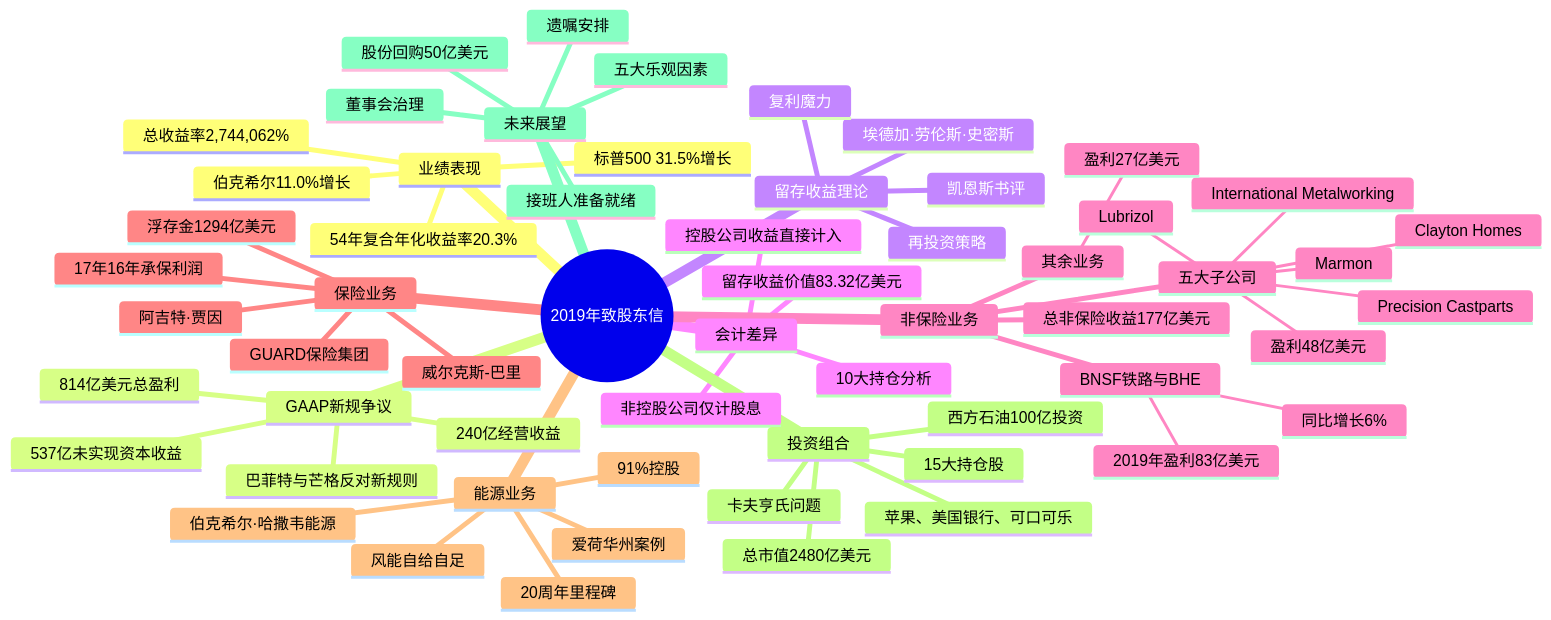
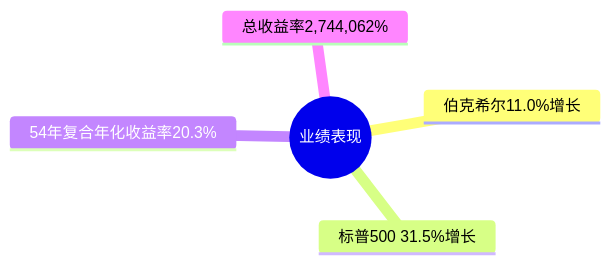
The second of 10 diagrams in docs/01_letters/2019年/思维导图.md (carllhm/buffett-knowledge-base), drawn with Mermaid before and after one commit. The commit also changed other lines of this file and 719 other files, not shown here.

Commit message:
思维导图重构：两级结构，总览+折叠子导图

````diff
--- a/docs/01_letters/2019年/思维导图.md
+++ b/docs/01_letters/2019年/思维导图.md
@@ -9,62 +66,8 @@
 ```mermaid
 mindmap
-  root((2019年致股东信))
-    业绩表现
-      伯克希尔11.0%增长
-      标普500 31.5%增长
-      54年复合年化收益率20.3%
-      总收益率2,744,062%
-    GAAP新规争议
-      814亿美元总盈利
-      240亿经营收益
-      537亿未实现资本收益
-      巴菲特与芒格反对新规则
-    留存收益理论
-      埃德加·劳伦斯·史密斯
-      凯恩斯书评
-      复利魔力
-      再投资策略
-    会计差异
-      控股公司收益直接计入
-      非控股公司仅计股息
-      10大持仓分析
-      留存收益价值83.32亿美元
-    非保险业务
-      BNSF铁路与BHE
-        2019年盈利83亿美元
-        同比增长6%
-      五大子公司
-        Clayton Homes
-        International Metalworking
-        Lubrizol
-        Marmon
-        Precision Castparts
-        盈利48亿美元
-      其余业务
-        盈利27亿美元
-      总非保险收益177亿美元
-    保险业务
-      浮存金1294亿美元
-      17年16年承保利润
-      阿吉特·贾因
-      GUARD保险集团
-      威尔克斯-巴里
-    能源业务
-      伯克希尔·哈撒韦能源
-      20周年里程碑
-      风能自给自足
-      爱荷华州案例
-      91%控股
-    投资组合
-      15大持仓股
-      总市值2480亿美元
-      苹果、美国银行、可口可乐
-      卡夫亨氏问题
-      西方石油100亿投资
-    未来展望
-      接班人准备就绪
-      五大乐观因素
-      遗嘱安排
-      股份回购50亿美元
-      董事会治理
+  root((业绩表现))
+    伯克希尔11.0%增长
+    标普500 31.5%增长
+    54年复合年化收益率20.3%
+    总收益率2,744,062%
 ```
````
